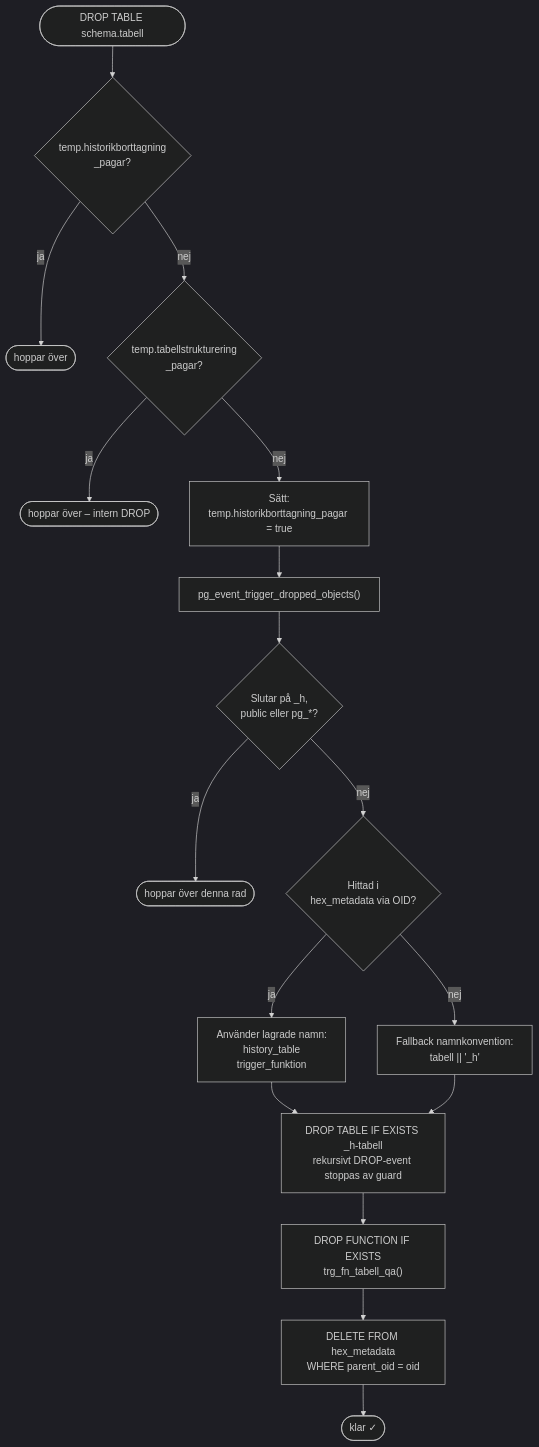
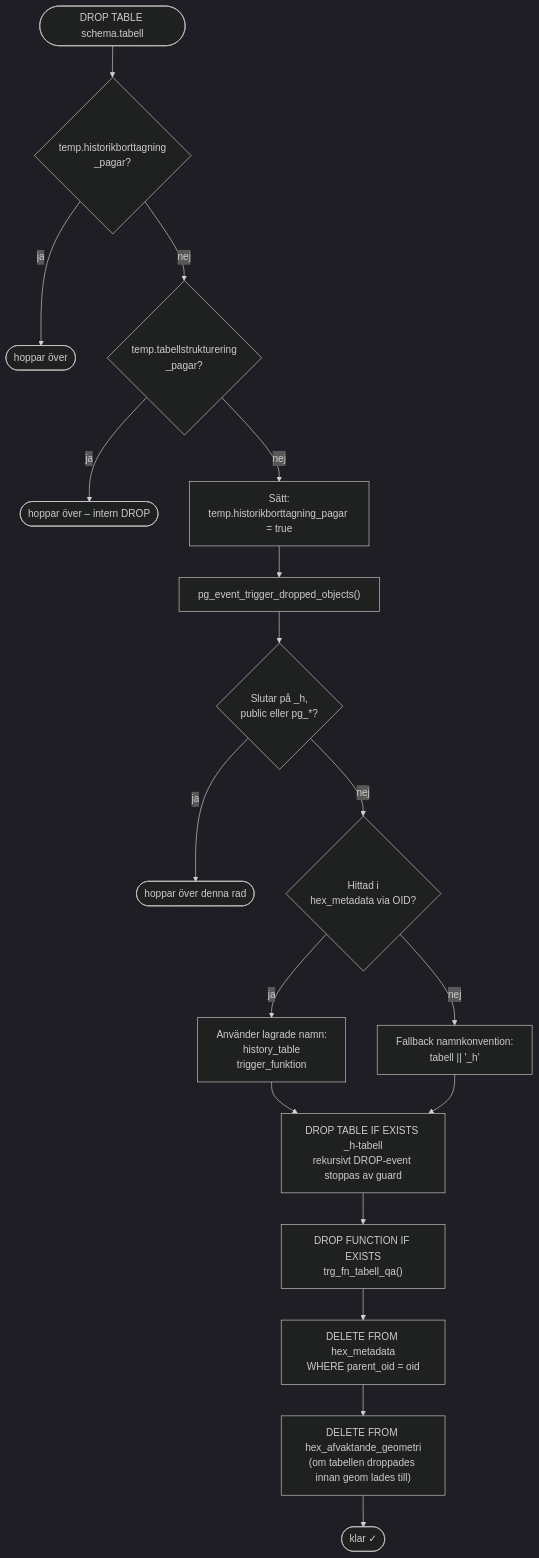
One commit to Geodata-Kungsbacka/Hex changed the seventh of 9 diagrams in LOGIC_MAP.md. Above: the diagram before and after it, drawn with Mermaid (dark theme). The commit also changed other lines of this file and 1 other file, not shown here.

First line of the commit message:
docs: document FME two-step flow, hex_systemanvandare and hex_afvaktande_geometri

````diff
--- a/LOGIC_MAP.md
+++ b/LOGIC_MAP.md
@@ -580,19 +637,20 @@
 ```mermaid
 flowchart TD
     START(["DROP TABLE schema.tabell"])
     START --> G1{"temp.historikborttagning<br/>_pagar?"}
     G1 --> |ja| STOP(["hoppar över"])
     G1 --> |nej| G2{"temp.tabellstrukturering<br/>_pagar?"}
     G2 --> |ja| STOP2(["hoppar över – intern DROP"])
     G2 --> |nej| SET["Sätt:<br/>temp.historikborttagning_pagar = true"]
     SET --> LOOP["pg_event_trigger_dropped_objects()"]
     LOOP --> SKIP{"Slutar på _h,<br/>public eller pg_*?"}
     SKIP --> |ja| CONT(["hoppar över denna rad"])
     SKIP --> |nej| META{"Hittad i<br/>hex_metadata via OID?"}
     META --> |ja| FOUND["Använder lagrade namn:<br/>history_table<br/>trigger_funktion"]
     META --> |nej| FALL["Fallback namnkonvention:<br/>tabell || '_h'"]
     FOUND & FALL --> DT["DROP TABLE IF EXISTS _h-tabell<br/>rekursivt DROP-event stoppas av guard"]
     DT --> DF["DROP FUNCTION IF EXISTS<br/>trg_fn_tabell_qa()"]
     DF --> DEL["DELETE FROM hex_metadata<br/>WHERE parent_oid = oid"]
-    DEL --> DONE(["klar ✓"])
+    DEL --> DELAFV["DELETE FROM hex_afvaktande_geometri<br/>(om tabellen droppades innan geom lades till)"]
+    DELAFV --> DONE(["klar ✓"])
 ```
````
